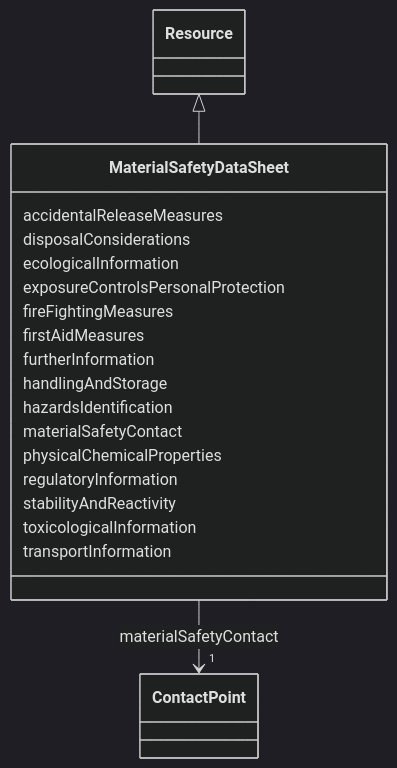
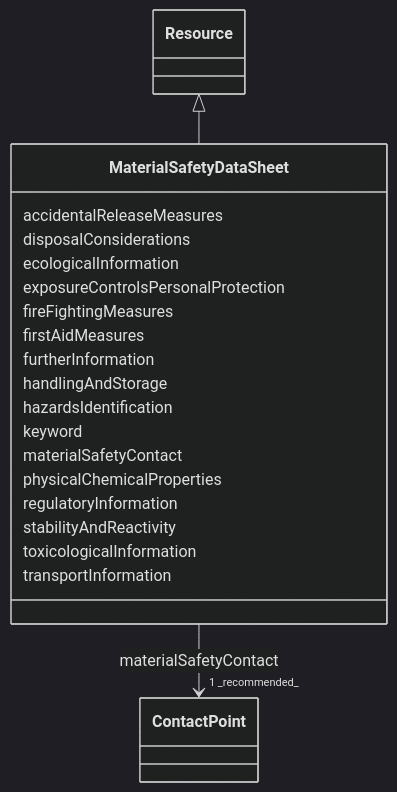
The diagram in models/docs/MaterialSafetyDataSheet.md (EVORA-project/evora-ontology), drawn with Mermaid (dark theme) before and after one commit. The commit also changed other lines of this file and 402 other files, not shown here.

````diff
--- a/models/docs/MaterialSafetyDataSheet.md
+++ b/models/docs/MaterialSafetyDataSheet.md
@@ -19,46 +19,48 @@
 ```mermaid
  classDiagram
     class MaterialSafetyDataSheet
     click MaterialSafetyDataSheet href "../MaterialSafetyDataSheet"
       Resource <|-- MaterialSafetyDataSheet
         click Resource href "../Resource"
       
       MaterialSafetyDataSheet : accidentalReleaseMeasures
         
       MaterialSafetyDataSheet : disposalConsiderations
         
       MaterialSafetyDataSheet : ecologicalInformation
         
       MaterialSafetyDataSheet : exposureControlsPersonalProtection
         
       MaterialSafetyDataSheet : fireFightingMeasures
         
       MaterialSafetyDataSheet : firstAidMeasures
         
       MaterialSafetyDataSheet : furtherInformation
         
       MaterialSafetyDataSheet : handlingAndStorage
         
       MaterialSafetyDataSheet : hazardsIdentification
         
+      MaterialSafetyDataSheet : keyword
+        
       MaterialSafetyDataSheet : materialSafetyContact
         
           
     
     
-    MaterialSafetyDataSheet --> "1" ContactPoint : materialSafetyContact
+    MaterialSafetyDataSheet --> "1 _recommended_" ContactPoint : materialSafetyContact
     click ContactPoint href "../ContactPoint"
 
         
       MaterialSafetyDataSheet : physicalChemicalProperties
         
       MaterialSafetyDataSheet : regulatoryInformation
         
       MaterialSafetyDataSheet : stabilityAndReactivity
         
       MaterialSafetyDataSheet : toxicologicalInformation
         
       MaterialSafetyDataSheet : transportInformation
         
       
 ```
````
